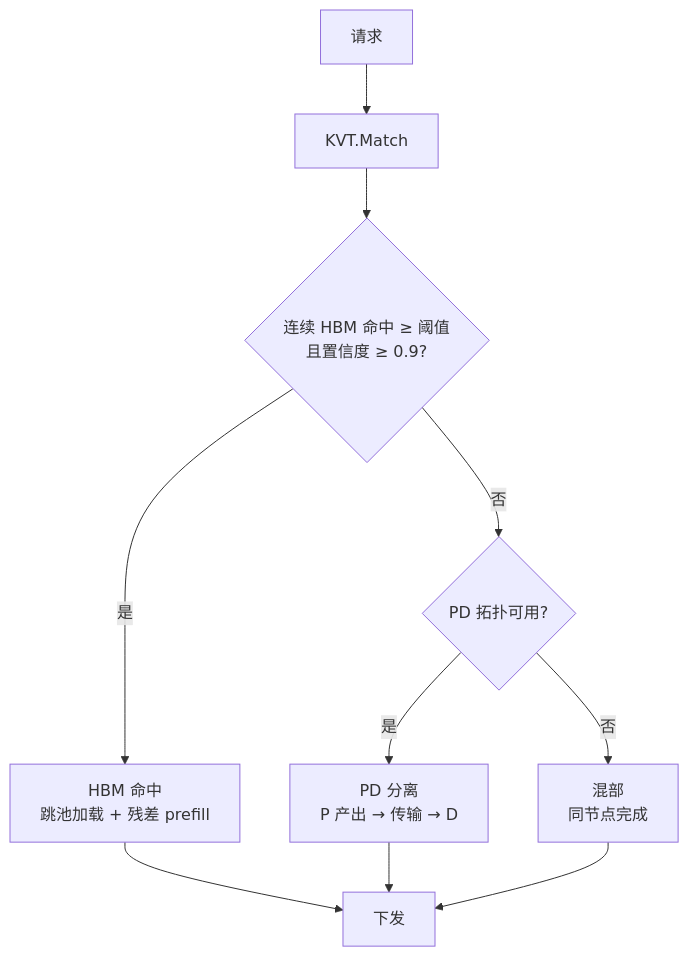
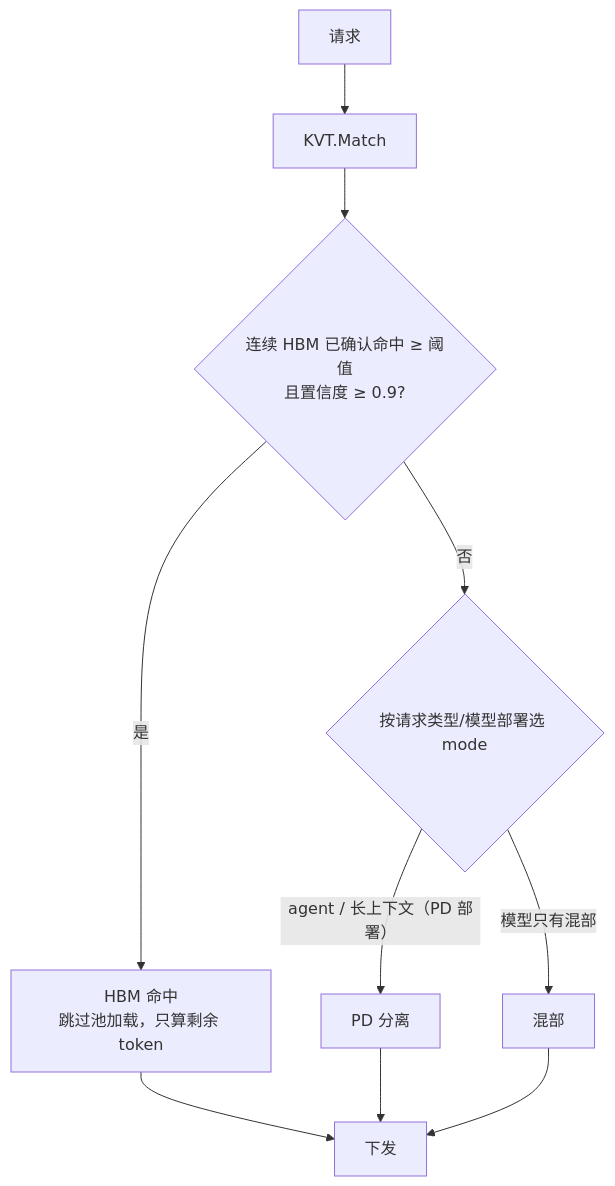
One commit to 5x8-40/lake changed the second of 9 diagrams in kvcm/design/D8b-scheduling-sequences.md. Above: the diagram before and after it, drawn with Mermaid. The commit also changed other lines of this file, not shown here.

````diff
--- a/kvcm/design/D8b-scheduling-sequences.md
+++ b/kvcm/design/D8b-scheduling-sequences.md
@@ -50,12 +61,12 @@
 ```mermaid
 flowchart TB
     S["请求"] --> H["KVT.Match"]
-    H --> D{"连续 HBM 命中 ≥ 阈值<br/>且置信度 ≥ 0.9?"}
-    D -->|"是"| DD["HBM 命中<br/>跳池加载 + 残差 prefill"]
-    D -->|"否"| P{"PD 拓扑可用?"}
-    P -->|"是"| PD["PD 分离<br/>P 产出 → 传输 → D"]
-    P -->|"否"| CO["混部<br/>同节点完成"]
-    DD --> O["下发"]
+    H --> D{"连续 HBM 已确认命中 ≥ 阈值<br/>且置信度 ≥ 0.9?"}
+    D -->|"是"| HB["HBM 命中<br/>跳过池加载，只算剩余 token"]
+    D -->|"否"| M{"按请求类型/模型部署选 mode"}
+    M -->|"agent / 长上下文（PD 部署）"| PD["PD 分离"]
+    M -->|"模型只有混部"| CO["混部"]
+    HB --> O["下发"]
     PD --> O
     CO --> O
 ```
````
